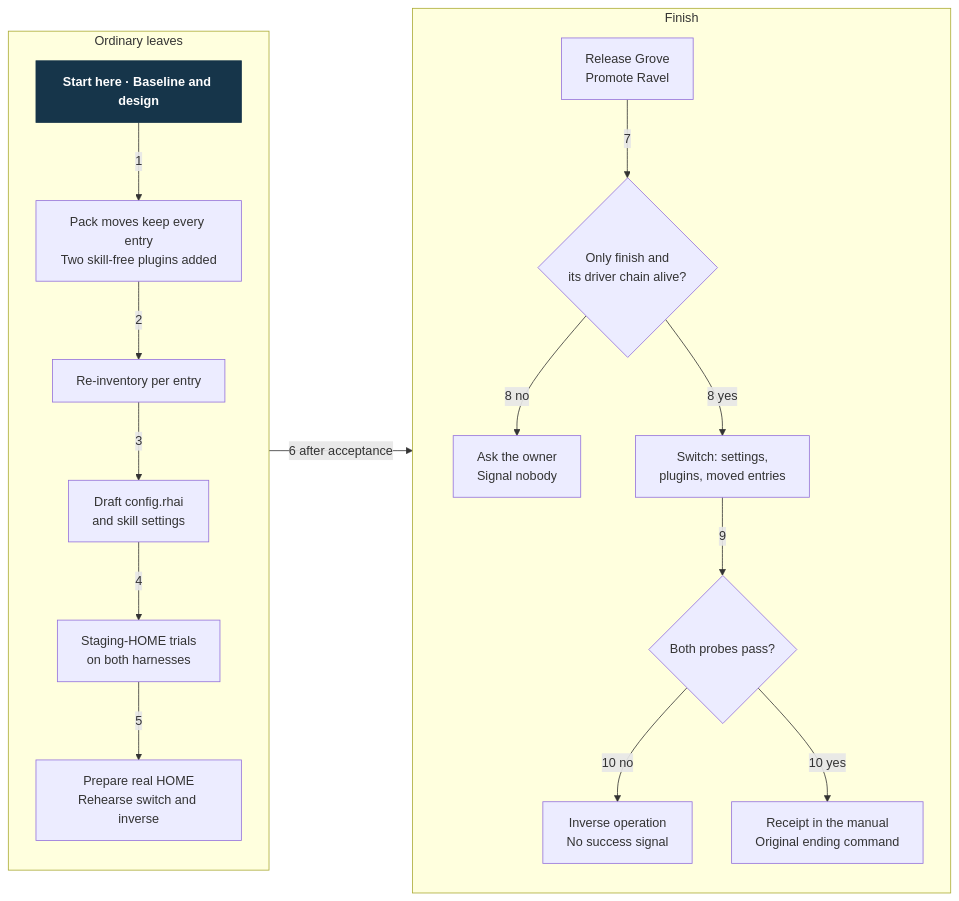
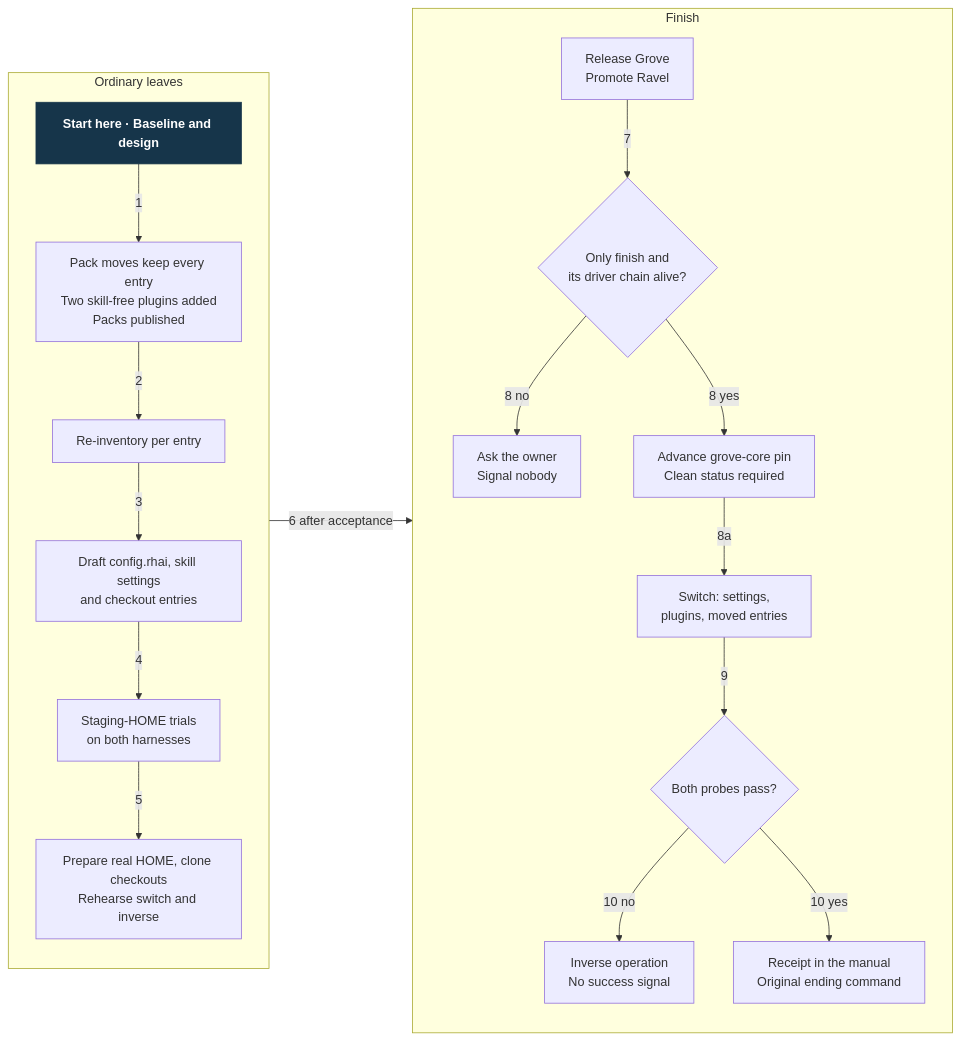
Before and after one commit to Linkuistics/grove: the diagram in docs/design/harness-selection-and-execution/owner-cutover.mmd, drawn with Mermaid. The commit also changed 18 other files, not shown here.

First line of the commit message:
Give the owner's skill-pack checkouts to mise, outside Ravel (owner-pack-checkouts-k79)

```diff
--- a/docs/design/harness-selection-and-execution/owner-cutover.mmd
+++ b/docs/design/harness-selection-and-execution/owner-cutover.mmd
@@ -1,34 +1,36 @@
 flowchart LR
     subgraph prep["Ordinary leaves"]
         direction TB
         A["Start here · Baseline and design"]
-        B["Pack moves keep every entry<br/>Two skill-free plugins added"]
+        B["Pack moves keep every entry<br/>Two skill-free plugins added<br/>Packs published"]
         C["Re-inventory per entry"]
-        D["Draft config.rhai<br/>and skill settings"]
+        D["Draft config.rhai, skill settings<br/>and checkout entries"]
         E["Staging-HOME trials<br/>on both harnesses"]
-        F["Prepare real HOME<br/>Rehearse switch and inverse"]
+        F["Prepare real HOME, clone checkouts<br/>Rehearse switch and inverse"]
         A -->|1| B
         B -->|2| C
         C -->|3| D
         D -->|4| E
         E -->|5| F
     end
     subgraph fin["Finish"]
         direction TB
         G["Release Grove<br/>Promote Ravel"]
         H{"Only finish and<br/>its driver chain alive?"}
         I["Ask the owner<br/>Signal nobody"]
+        P["Advance grove-core pin<br/>Clean status required"]
         J["Switch: settings,<br/>plugins, moved entries"]
         K{"Both probes pass?"}
         L["Inverse operation<br/>No success signal"]
         M["Receipt in the manual<br/>Original ending command"]
         G -->|7| H
         H -->|"8 no"| I
-        H -->|"8 yes"| J
+        H -->|"8 yes"| P
+        P -->|"8a"| J
         J -->|9| K
         K -->|"10 no"| L
         K -->|"10 yes"| M
     end
     prep -->|"6 after acceptance"| fin
     classDef start fill:#16354a,color:#fff,stroke:#16354a,font-weight:bold
     class A start
```
